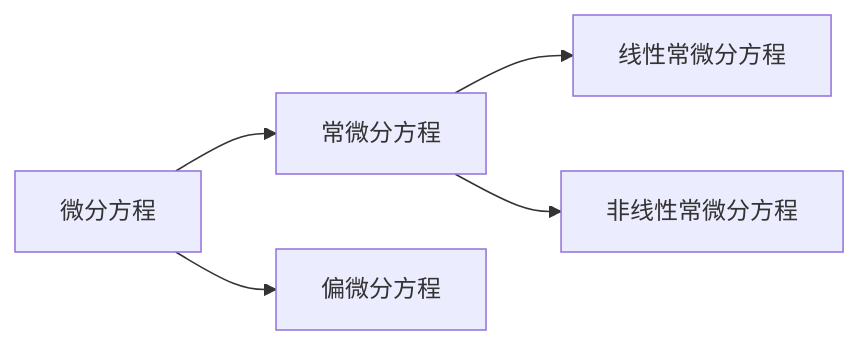
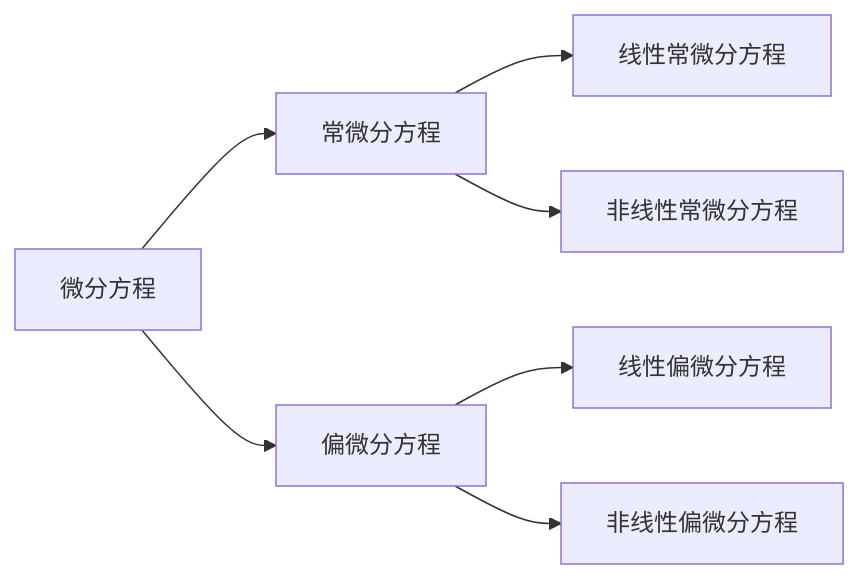
The first of 2 diagrams in src/site/notes/微分方程.md (UNLINEARITY/Learn-Everything), drawn with Mermaid before and after one commit. The commit also changed other lines of this file and 11 other files, not shown here.

````diff
--- a/src/site/notes/微分方程.md
+++ b/src/site/notes/微分方程.md
@@ -11,5 +10,6 @@
 ```mermaid
 graph LR
 微分方程--> 常微分方程 & 偏微分方程
 常微分方程--> 线性常微分方程 & 非线性常微分方程
+偏微分方程--> 线性偏微分方程 & 非线性偏微分方程
 ```
````
